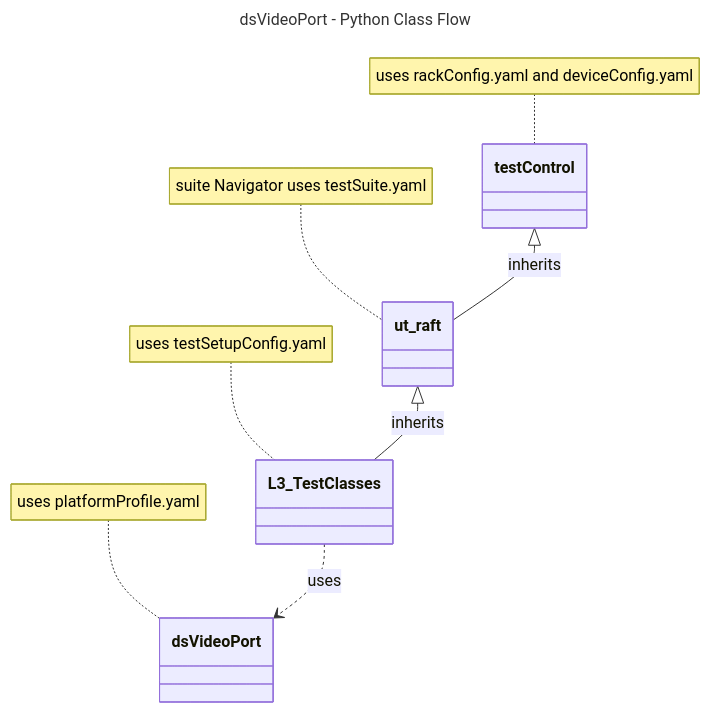
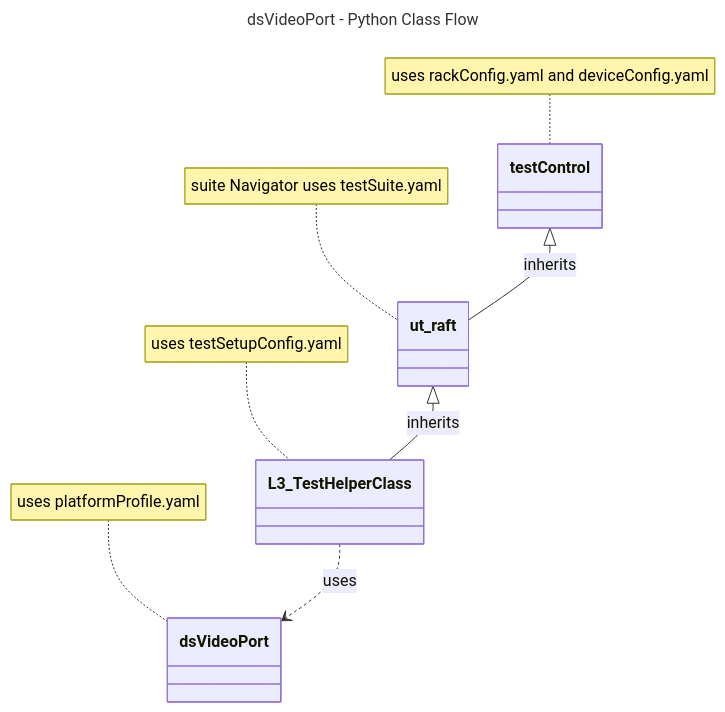
Before and after one commit to rdkcentral/rdk-halif-test-device_settings: the diagram in docs/pages/dsVideoPort/ds-video-port_L3_Low-Level_TestSpecification.md, drawn with Mermaid. The commit also changed other lines of this file and 17 other files, not shown here.

Commit message:
gh #244 dsVideoPort python improvements

````diff
--- a/docs/pages/dsVideoPort/ds-video-port_L3_Low-Level_TestSpecification.md
+++ b/docs/pages/dsVideoPort/ds-video-port_L3_Low-Level_TestSpecification.md
@@ -64,15 +64,15 @@
 ```mermaid
 ---
 title: dsVideoPort - Python Class Flow
 ---
 classDiagram
     testControl <|-- ut_raft : inherits
     class ut_raft{
     }
-    ut_raft <|-- L3_TestClasses : inherits
-    L3_TestClasses ..> dsVideoPort : uses
+    ut_raft <|-- L3_TestHelperClass : inherits
+    L3_TestHelperClass ..> dsVideoPort : uses
     note for testControl "uses rackConfig.yaml and deviceConfig.yaml"
     note for dsVideoPort "uses platformProfile.yaml"
-    note for L3_TestClasses "uses testSetupConfig.yaml"
+    note for L3_TestHelperClass "uses testSetupConfig.yaml"
     note for ut_raft "suite Navigator uses testSuite.yaml"
 ```
````
